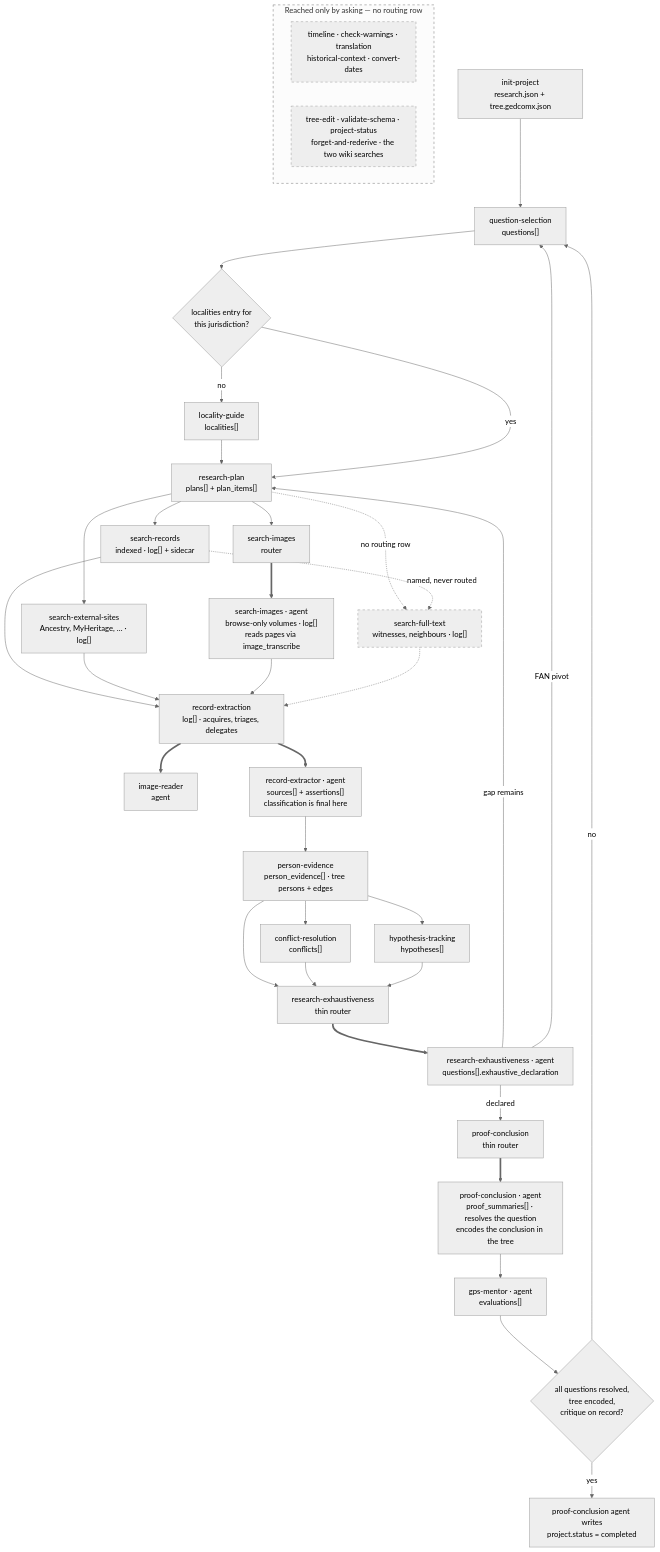
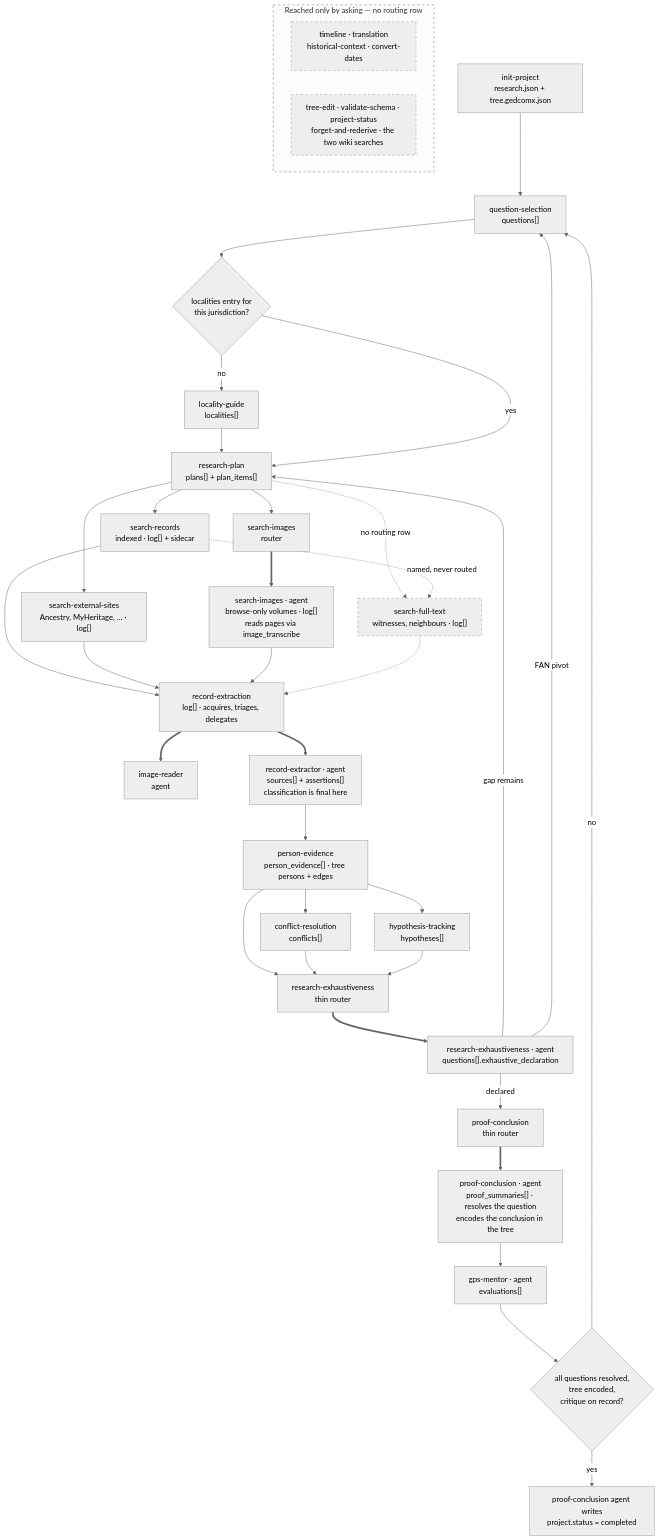
Before and after one commit to PioneerAIAcademy/cowork-genealogy: the diagram in docs/skill-dataflow.md, drawn with Mermaid (neutral theme). The commit also changed other lines of this file and 22 other files, not shown here.

First line of the commit message:
check-warnings: repoint callers, registries and docs at the agent (#2118)

````diff
--- a/docs/skill-dataflow.md
+++ b/docs/skill-dataflow.md
@@ -58,53 +58,53 @@
 ```mermaid
 flowchart TD
     IP["init-project<br/>research.json + tree.gedcomx.json"] --> QS
     QS["question-selection<br/>questions[]"] --> LOCGATE
     LOCGATE{"localities entry for<br/>this jurisdiction?"}
     LOCGATE -- no --> LG["locality-guide<br/>localities[]"] --> RP
     LOCGATE -- yes --> RP["research-plan<br/>plans[] + plan_items[]"]
 
     RP --> SR["search-records<br/>indexed · log[] + sidecar"]
     RP --> SE["search-external-sites<br/>Ancestry, MyHeritage, … · log[]"]
     RP --> SI["search-images<br/>router"]
     RP -.->|"no routing row"| SF["search-full-text<br/>witnesses, neighbours · log[]"]
     SR -.->|"named, never routed"| SF
 
     SI ==> SIA["search-images · agent<br/>browse-only volumes · log[]<br/>reads pages via image_transcribe"]
     RE ==> IR["image-reader<br/>agent"]
 
     SR --> RE
     SE --> RE
     SIA --> RE
     SF -.-> RE
     RE["record-extraction<br/>log[] · acquires, triages, delegates"]
     RE ==> RX["record-extractor · agent<br/>sources[] + assertions[]<br/>classification is final here"]
 
     RX --> PE["person-evidence<br/>person_evidence[] · tree persons + edges"]
     PE --> CR["conflict-resolution<br/>conflicts[]"]
     PE --> HT["hypothesis-tracking<br/>hypotheses[]"]
     PE --> EX
     CR --> EX
     HT --> EX
 
     EX["research-exhaustiveness<br/>thin router"]
     EX ==> EXA["research-exhaustiveness · agent<br/>questions[].exhaustive_declaration"]
     EXA -- "gap remains" --> RP
     EXA -- "FAN pivot" --> QS
     EXA -- "declared" --> PC
 
     PC["proof-conclusion<br/>thin router"]
     PC ==> PCA["proof-conclusion · agent<br/>proof_summaries[] · resolves the question<br/>encodes the conclusion in the tree"]
     PCA --> GM["gps-mentor · agent<br/>evaluations[]"]
     GM --> GATE{"all questions resolved,<br/>tree encoded,<br/>critique on record?"}
     GATE -- no --> QS
     GATE -- yes --> DONE["proof-conclusion agent writes<br/>project.status = completed"]
 
     subgraph ASK ["Reached only by asking — no routing row"]
         direction LR
-        U1["timeline · check-warnings · translation<br/>historical-context · convert-dates"]
+        U1["timeline · translation<br/>historical-context · convert-dates"]
         U2["tree-edit · validate-schema · project-status<br/>forget-and-rederive · the two wiki searches"]
     end
 
     classDef unrouted stroke-dasharray: 5 5
     class SF,ASK,U1,U2 unrouted
 ```
````
